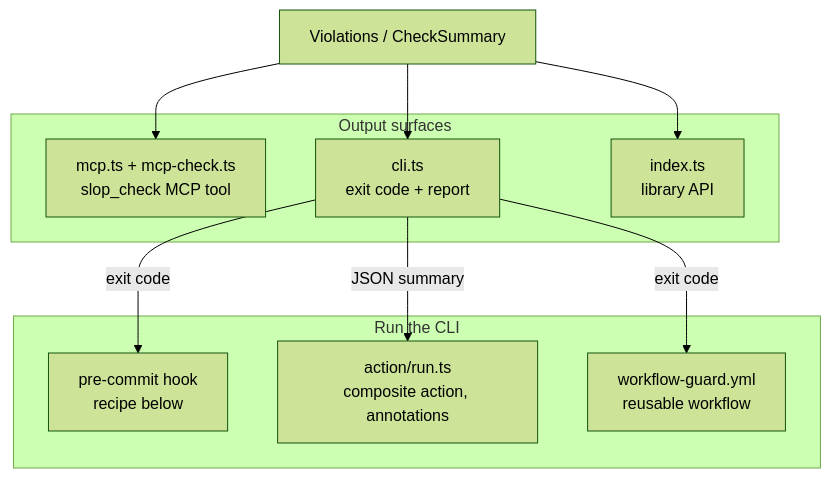
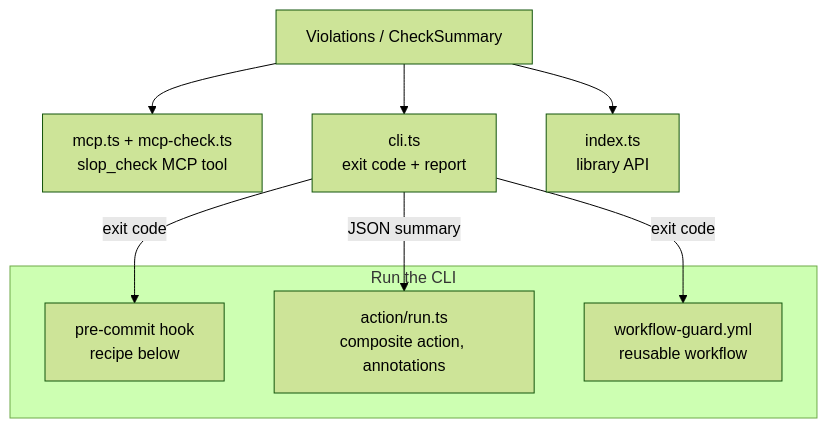
One commit to LanNguyenSi/agent-dx changed the second of 2 diagrams in packages/slop-detector/docs/integration.md. Above: the diagram before and after it, drawn with Mermaid (forest theme). The commit also changed other lines of this file and 3 other files, not shown here.

First line of the commit message:
docs(slop-detector,friction-log): sharpen release status, index and diagrams

````diff
--- a/packages/slop-detector/docs/integration.md
+++ b/packages/slop-detector/docs/integration.md
@@ -78,23 +78,20 @@
 ```mermaid
 flowchart TD
     L["Violations / CheckSummary"]
-
-    subgraph Out["Output surfaces"]
-        N["mcp.ts + mcp-check.ts<br/>slop_check MCP tool"]
-        M["cli.ts<br/>exit code + report"]
-        API["index.ts<br/>library API"]
-    end
+    N["mcp.ts + mcp-check.ts<br/>slop_check MCP tool"]
+    M["cli.ts<br/>exit code + report"]
+    API["index.ts<br/>library API"]
 
     subgraph Wrap["Run the CLI"]
         O["pre-commit hook<br/>recipe below"]
         ACT["action/run.ts<br/>composite action, annotations"]
         RW["workflow-guard.yml<br/>reusable workflow"]
     end
 
     L --> N
     L --> M
     L --> API
     M -->|"exit code"| O
     M -->|"JSON summary"| ACT
     M -->|"exit code"| RW
 ```
````
